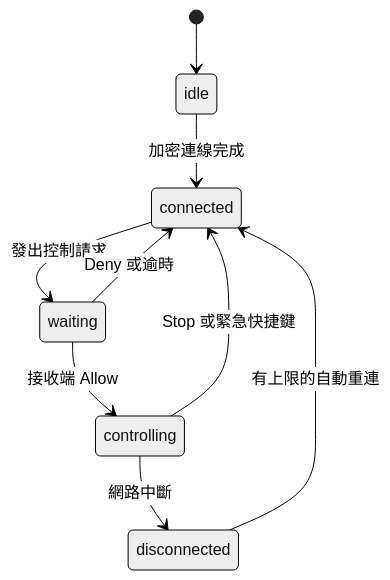
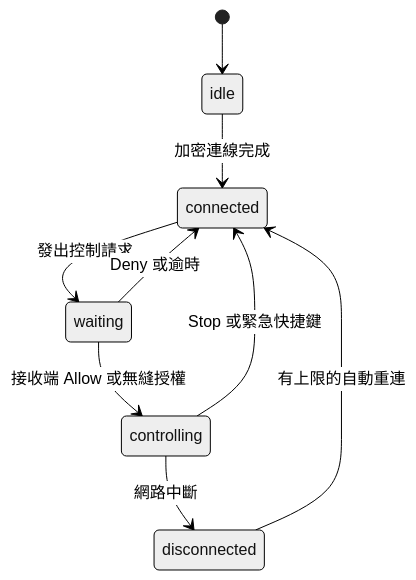
The fourth of 4 diagrams in ARCHITECTURE.zh-TW.md (rudinyu/MacKVM), drawn with Mermaid (neutral theme) before and after one commit. The commit also changed other lines of this file and 38 other files, not shown here.

````diff
--- a/ARCHITECTURE.zh-TW.md
+++ b/ARCHITECTURE.zh-TW.md
@@ -106,11 +110,11 @@
 ```mermaid
 stateDiagram-v2
     [*] --> idle
     idle --> connected: 加密連線完成
     connected --> waiting: 發出控制請求
-    waiting --> controlling: 接收端 Allow
+    waiting --> controlling: 接收端 Allow 或無縫授權
     waiting --> connected: Deny 或逾時
     controlling --> connected: Stop 或緊急快捷鍵
     controlling --> disconnected: 網路中斷
     disconnected --> connected: 有上限的自動重連
 ```
````
